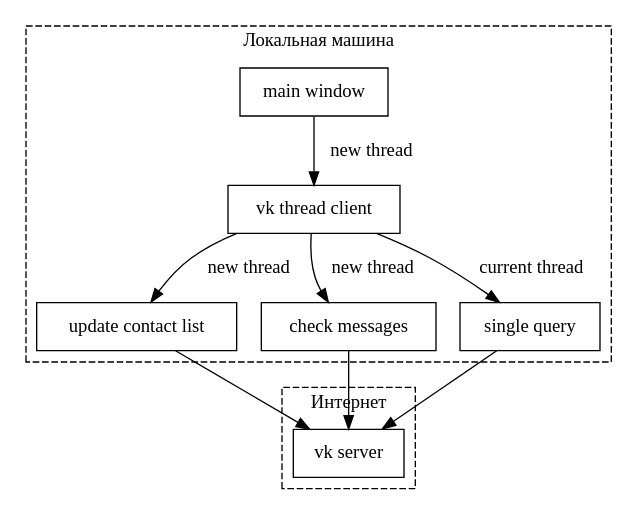
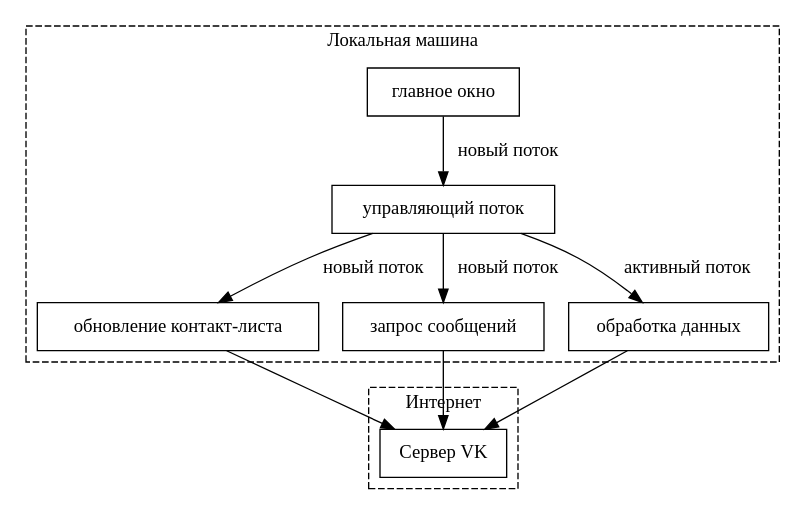
One commit to ilvokhin/oop-project changed the diagram in reports/presentation/pics/complex.dot. Above: the diagram before and after it, drawn with Graphviz. The commit also changed 2 other files, not shown here.

```diff
--- a/reports/presentation/pics/complex.dot
+++ b/reports/presentation/pics/complex.dot
@@ -1,28 +1,28 @@
 // dot -Tpdf complex.dot -o complex.pdf
 digraph G
 {
 	node [shape=record]
 	subgraph cluster1 
 	{
 		label = "Локальная машина";
-		"main window",
-		"vk thread client",
-		"update contact list",
-		"check messages",
-		"single query"
+		"главное окно",
+		"управляющий поток",
+		"обновление контакт-листа",
+		"запрос сообщений",
+		"обработка данных"
 		style = "dashed";
 	}
 	subgraph cluster2
 	{
 		label = "Интернет";
-		"vk server"
+		"Сервер VK"
 		style = "dashed";
 	}
-	"main window" -> "vk thread client" [label = " new thread"]
-	"vk thread client" -> "update contact list" [label = " new thread"]
-	"vk thread client" -> "check messages" [label = " new thread"]
-	"vk thread client" -> "single query" [label = "current thread"]
-	"update contact list" -> "vk server"
-	"check messages" -> "vk server"
-	"single query" ->  "vk server"
+	"главное окно" -> "управляющий поток" [label = " новый поток"]
+	"управляющий поток" -> "обновление контакт-листа" [label = " новый поток"]
+	"управляющий поток" -> "запрос сообщений" [label = " новый поток"]
+	"управляющий поток" -> "обработка данных" [label = "активный поток"]
+	"обновление контакт-листа" -> "Сервер VK"
+	"запрос сообщений" -> "Сервер VK"
+	"обработка данных" ->  "Сервер VK"
 }
```
